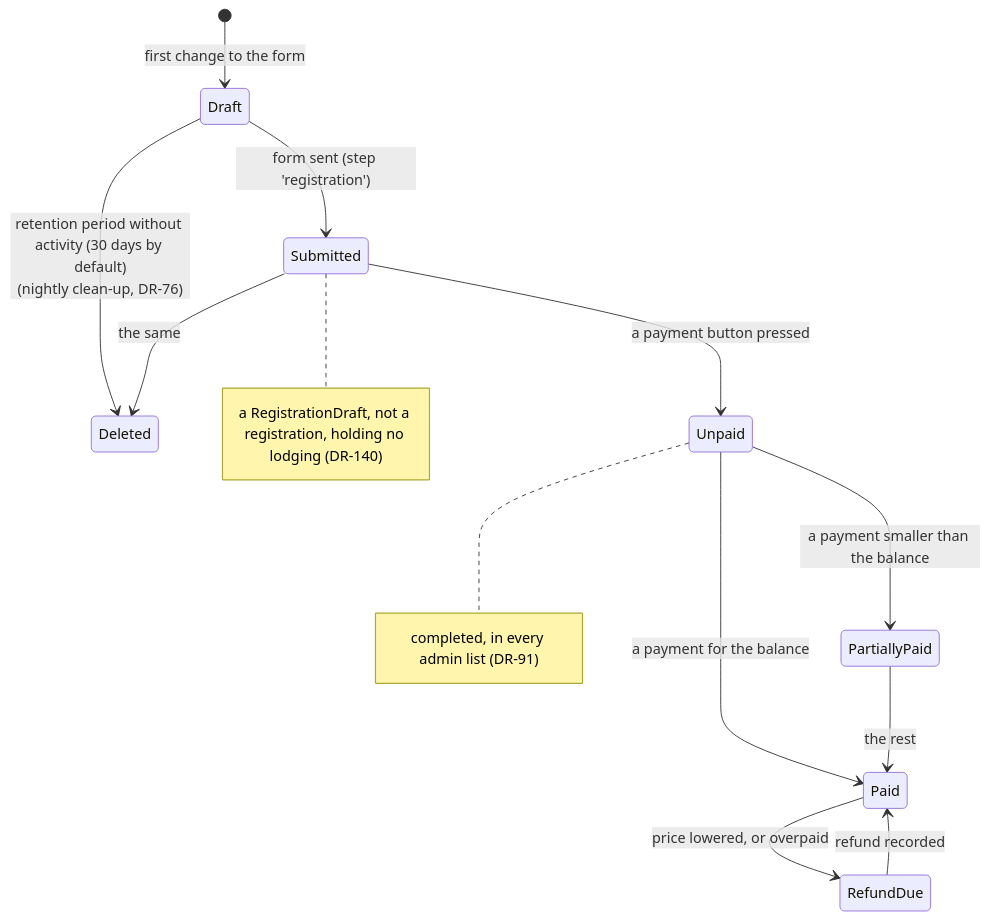
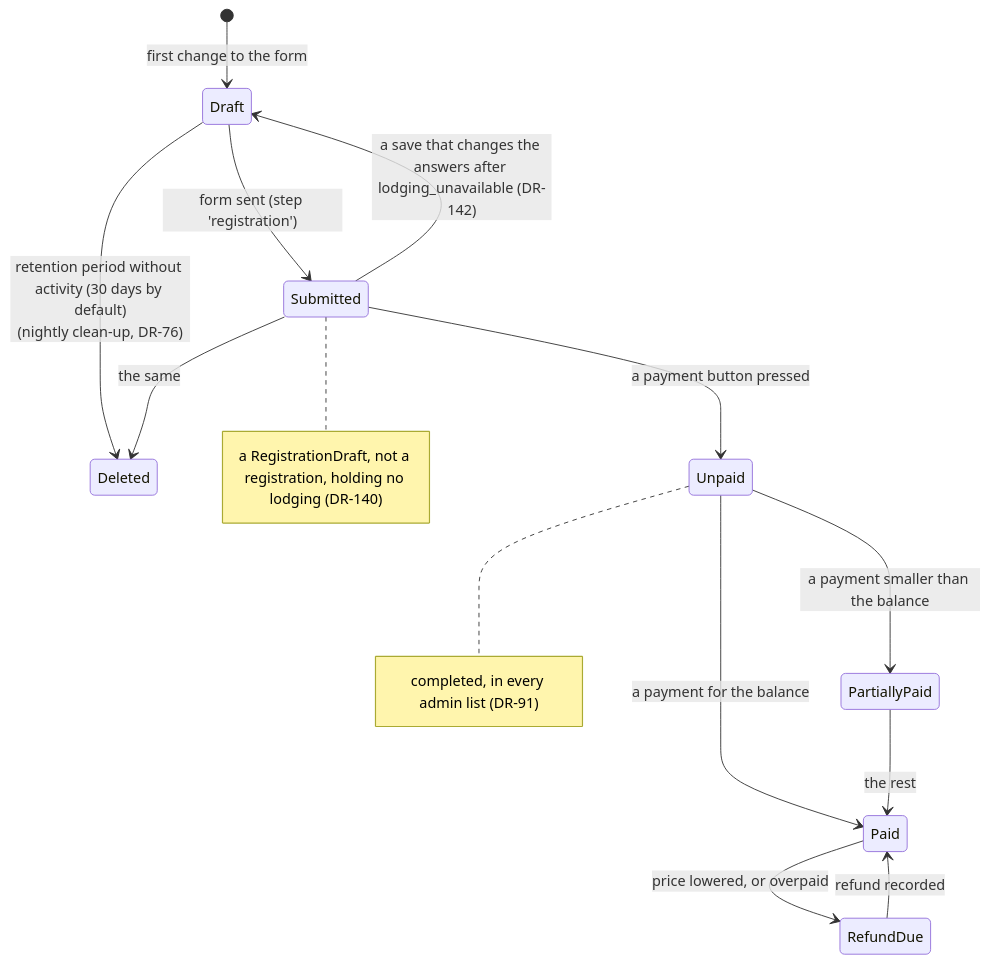
The second of 12 diagrams in doc/payments.md (camphoric/camphoric), drawn with Mermaid before and after one commit. The commit also changed other lines of this file and 7 other files, not shown here.

First line of the commit message:
fix(api): leave a sent draft as it was when a late save arrives

````diff
--- a/doc/payments.md
+++ b/doc/payments.md
@@ -115,15 +115,16 @@
 ```mermaid
 stateDiagram-v2
     [*] --> Draft: first change to the form
     Draft --> Submitted: form sent (step 'registration')
     Draft --> Deleted: retention period without activity (30 days by default)<br/>(nightly clean-up, DR-76)
     Submitted --> Deleted: the same
+    Submitted --> Draft: a save that changes the answers after lodging_unavailable (DR-142)
     Submitted --> Unpaid: a payment button pressed
     Unpaid --> PartiallyPaid: a payment smaller than the balance
     Unpaid --> Paid: a payment for the balance
     PartiallyPaid --> Paid: the rest
     Paid --> RefundDue: price lowered, or overpaid
     RefundDue --> Paid: refund recorded
     note right of Submitted : a RegistrationDraft, not a registration, holding no lodging (DR-140)
     note right of Unpaid : completed, in every admin list (DR-91)
 ```
````
